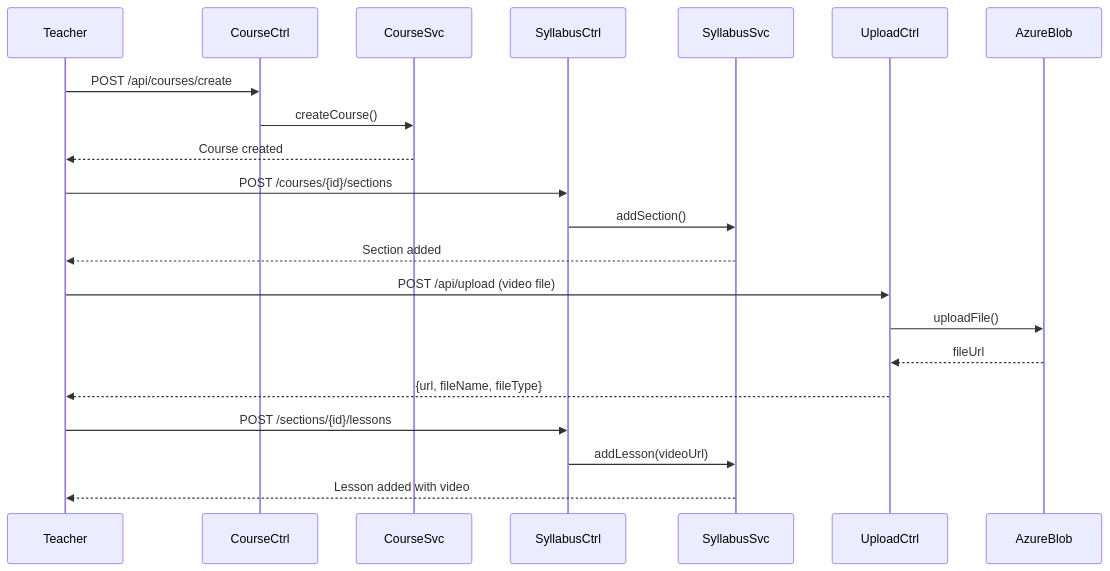
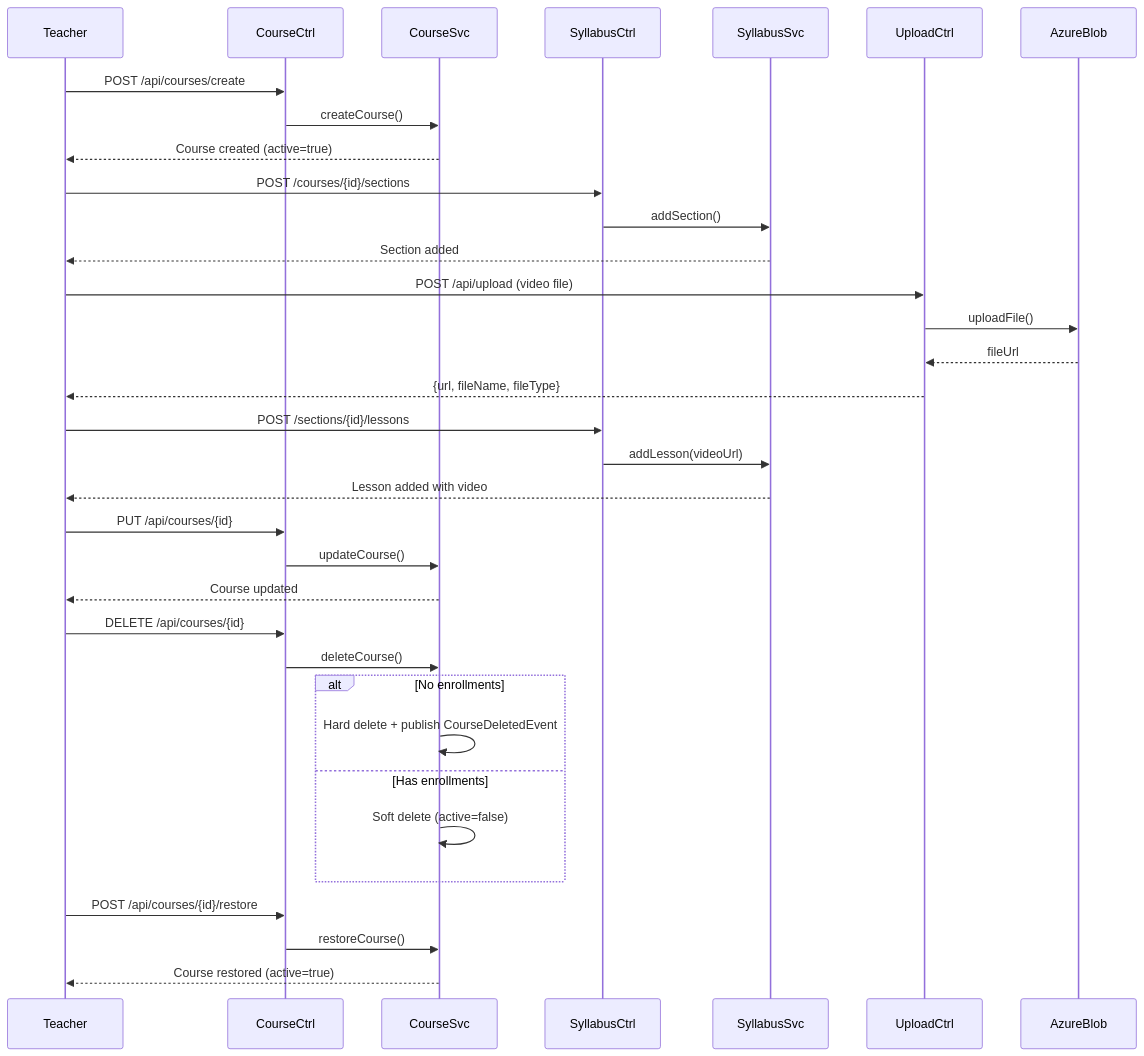
One commit to SanatanRana/lms-backend changed the tenth of 10 diagrams in README.md. Above: the diagram before and after it, drawn with Mermaid. The commit also changed other lines of this file, not shown here.

Commit message:
docs: comprehensive README with architecture, features, WebSocket protocol, ER diagrams

````diff
--- a/README.md
+++ b/README.md
@@ -1159,27 +1424,43 @@
 ```mermaid
 sequenceDiagram
     participant Teacher
     participant CourseCtrl
     participant CourseSvc
     participant SyllabusCtrl
     participant SyllabusSvc
     participant UploadCtrl
     participant AzureBlob
 
     Teacher->>CourseCtrl: POST /api/courses/create
     CourseCtrl->>CourseSvc: createCourse()
-    CourseSvc-->>Teacher: Course created
+    CourseSvc-->>Teacher: Course created (active=true)
 
     Teacher->>SyllabusCtrl: POST /courses/{id}/sections
     SyllabusCtrl->>SyllabusSvc: addSection()
     SyllabusSvc-->>Teacher: Section added
 
     Teacher->>UploadCtrl: POST /api/upload (video file)
     UploadCtrl->>AzureBlob: uploadFile()
     AzureBlob-->>UploadCtrl: fileUrl
     UploadCtrl-->>Teacher: {url, fileName, fileType}
 
     Teacher->>SyllabusCtrl: POST /sections/{id}/lessons
     SyllabusCtrl->>SyllabusSvc: addLesson(videoUrl)
     SyllabusSvc-->>Teacher: Lesson added with video
+
+    Teacher->>CourseCtrl: PUT /api/courses/{id}
+    CourseCtrl->>CourseSvc: updateCourse()
+    CourseSvc-->>Teacher: Course updated
+
+    Teacher->>CourseCtrl: DELETE /api/courses/{id}
+    CourseCtrl->>CourseSvc: deleteCourse()
+    alt No enrollments
+        CourseSvc->>CourseSvc: Hard delete + publish CourseDeletedEvent
+    else Has enrollments
+        CourseSvc->>CourseSvc: Soft delete (active=false)
+    end
+
+    Teacher->>CourseCtrl: POST /api/courses/{id}/restore
+    CourseCtrl->>CourseSvc: restoreCourse()
+    CourseSvc-->>Teacher: Course restored (active=true)
 ```
````
